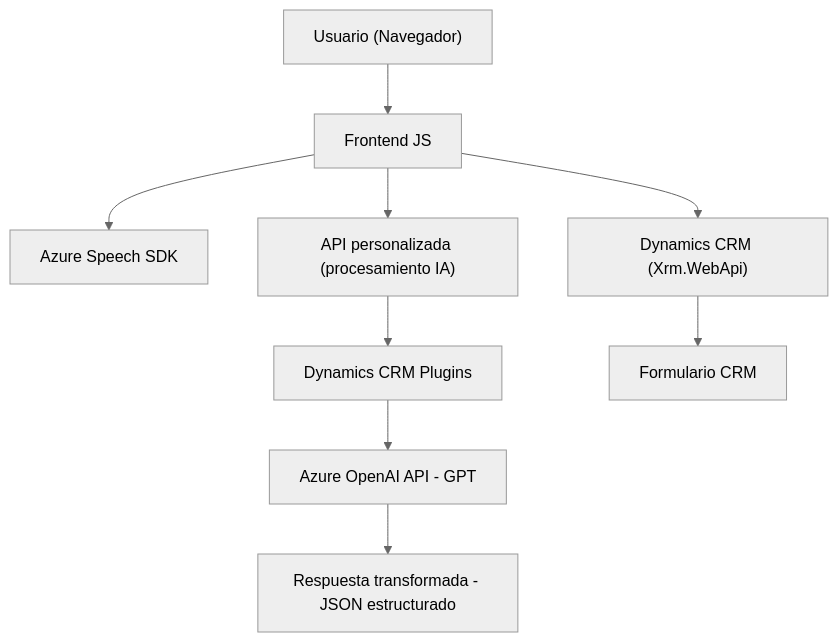
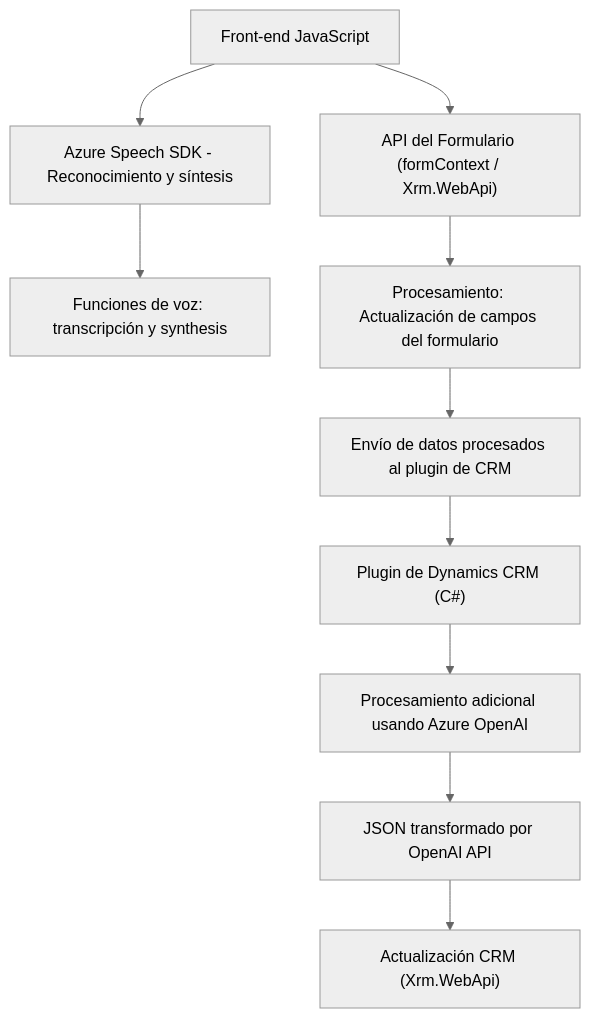
Before and after one commit to blopezdm/NETCORE_BILBAO2025: the diagram in README.md, drawn with Mermaid (neutral theme). The commit also changed other lines of this file, not shown here.

````diff
--- a/README.md
+++ b/README.md
@@ -55,11 +42,13 @@
 ```mermaid
 graph TD
-    A["Usuario (Navegador)"] --> B["Frontend JS"]
-    B --> C["Azure Speech SDK"]
-    B --> D["API personalizada (procesamiento IA)"]
-    D --> E["Dynamics CRM Plugins"]
-    E --> F["Azure OpenAI API - GPT"]
-    B --> G["Dynamics CRM (Xrm.WebApi)"]
-    F --> H["Respuesta transformada - JSON estructurado"]
-    G --> I["Formulario CRM"]
+    A["Front-end JavaScript"] --> B["Azure Speech SDK - Reconocimiento y síntesis"]
+    A --> C["API del Formulario (formContext / Xrm.WebApi)"]
+    B --> D["Funciones de voz: transcripción y synthesis"]
+    C --> E["Procesamiento: Actualización de campos del formulario"]
+    E --> F["Envío de datos procesados al plugin de CRM"]
+
+    G["Plugin de Dynamics CRM (C#)"] --> H["Procesamiento adicional usando Azure OpenAI"]
+    F --> G
+    H --> I["JSON transformado por OpenAI API"]
+    I --> J["Actualización CRM (Xrm.WebApi)"]
 ```
````
